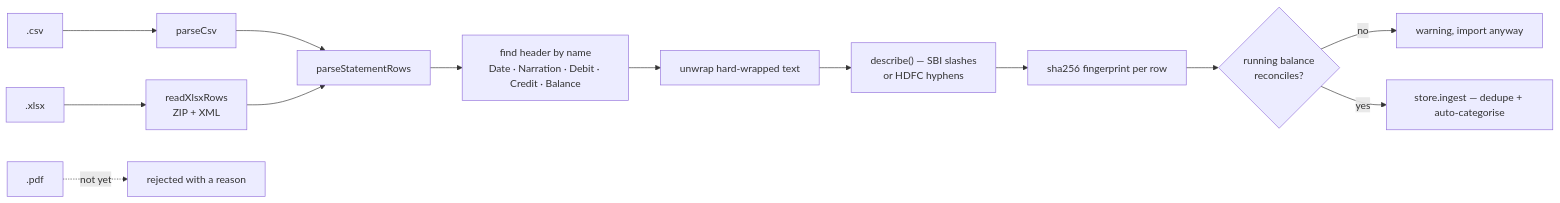
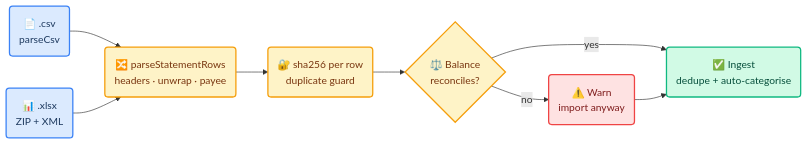
The fourth of 4 diagrams in docs/architecture.md (EasyLance/paisa), drawn with Mermaid before and after one commit. The commit also changed other lines of this file and 5 other files, not shown here.

````diff
--- a/docs/architecture.md
+++ b/docs/architecture.md
@@ -146,15 +191,26 @@
 ```mermaid
 flowchart LR
-    CSV[".csv"] --> R1["parseCsv"]
-    XLS[".xlsx"] --> R2["readXlsxRows<br/>ZIP + XML"]
-    R1 --> P["parseStatementRows"]
-    R2 --> P
-    P --> H["find header by name<br/>Date · Narration · Debit · Credit · Balance"]
-    H --> U["unwrap hard-wrapped text"]
-    U --> D["describe() — SBI slashes<br/>or HDFC hyphens"]
-    D --> F["sha256 fingerprint per row"]
-    F --> B{"running balance<br/>reconciles?"}
-    B -->|no| WARN["warning, import anyway"]
-    B -->|yes| ING["store.ingest — dedupe + auto-categorise"]
-    PDF[".pdf"] -.->|not yet| X["rejected with a reason"]
+    C("📄 .csv<br/>parseCsv")
+    X("📊 .xlsx<br/>ZIP + XML")
+    P("🔀 parseStatementRows<br/>headers · unwrap · payee")
+    F("🔐 sha256 per row<br/>duplicate guard")
+    B{"⚖️ Balance<br/>reconciles?"}
+    I("✅ Ingest<br/>dedupe + auto-categorise")
+    W("⚠️ Warn<br/>import anyway")
+
+    C --> P
+    X --> P
+    P --> F --> B
+    B -->|yes| I
+    B -->|no| W --> I
+
+    classDef input fill:#dbeafe,stroke:#3b82f6,stroke-width:2px,color:#1e3a5f
+    classDef proc  fill:#fef3c7,stroke:#f59e0b,stroke-width:2px,color:#78350f
+    classDef good  fill:#d1fae5,stroke:#10b981,stroke-width:2px,color:#064e3b
+    classDef warn  fill:#fee2e2,stroke:#ef4444,stroke-width:2px,color:#7f1d1d
+
+    class C,X input
+    class P,F,B proc
+    class I good
+    class W warn
 ```
````
